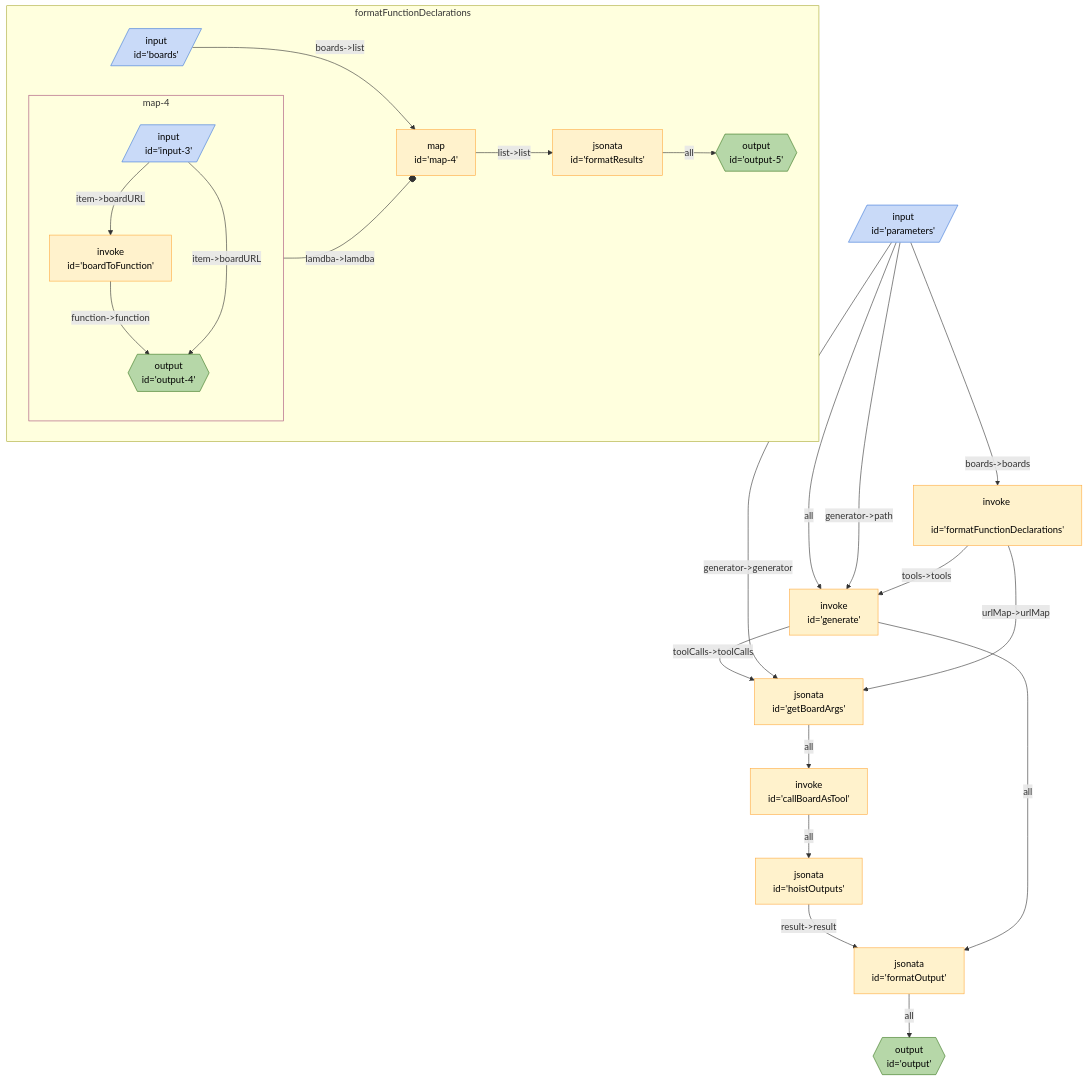
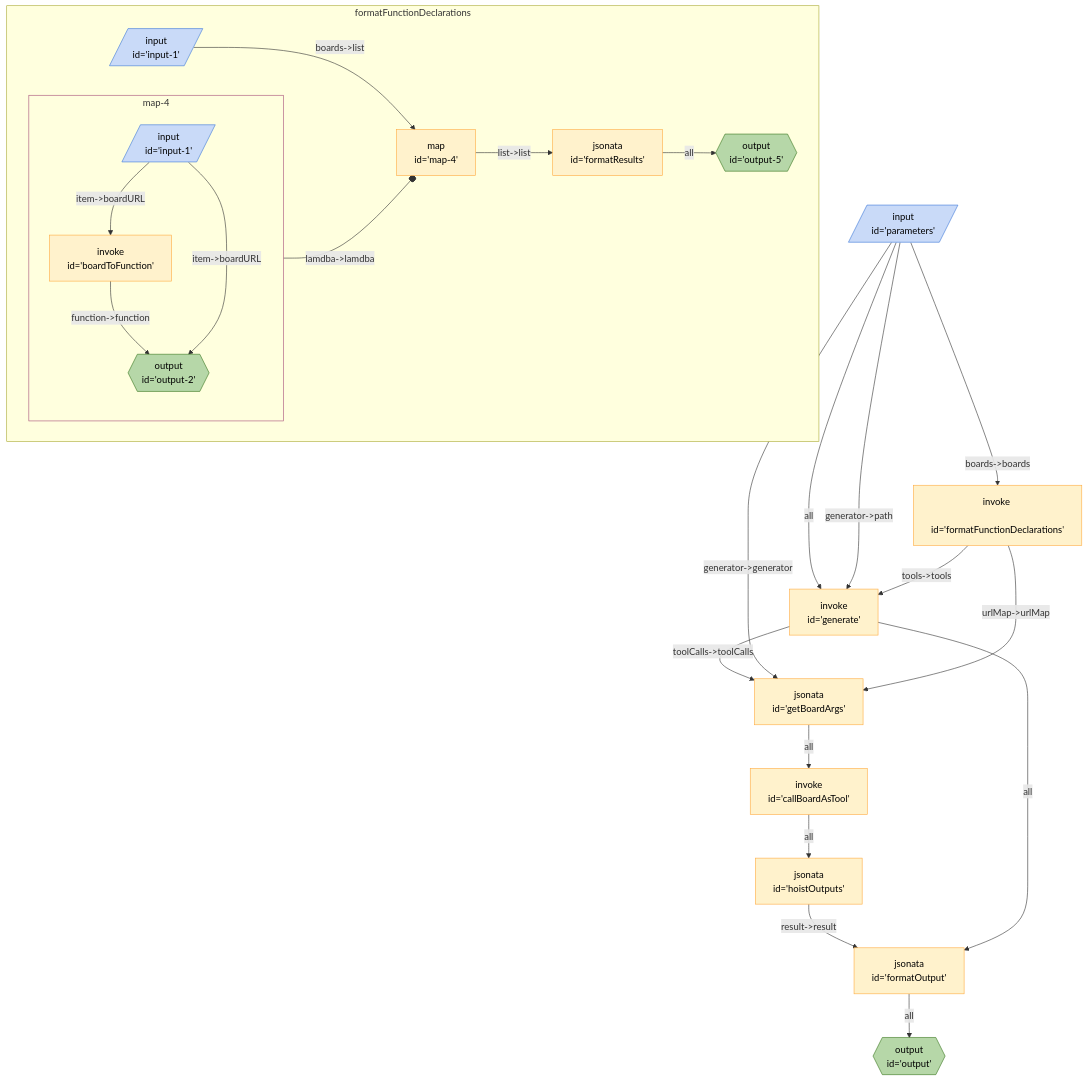
One commit to breadboard-ai/breadboard changed the diagram in packages/breadboard-web/docs/graphs/board-caller.md. Above: the diagram before and after it, drawn with Mermaid. The commit also changed 2 other files, not shown here.

Commit message:
use magical recipe invocation syntax.

````diff
--- a/packages/breadboard-web/docs/graphs/board-caller.md
+++ b/packages/breadboard-web/docs/graphs/board-caller.md
@@ -3,38 +3,38 @@
 ```mermaid
 %%{init: 'themeVariables': { 'fontFamily': 'Fira Code, monospace' }}%%
 graph TD;
 formatOutput["jsonata <br> id='formatOutput'"] -- all --> output{{"output <br> id='output'"}}:::output
 hoistOutputs["jsonata <br> id='hoistOutputs'"] -- "result->result" --> formatOutput["jsonata <br> id='formatOutput'"]
 generate["invoke <br> id='generate'"] -- "toolCalls->toolCalls" --> getBoardArgs["jsonata <br> id='getBoardArgs'"]
 generate["invoke <br> id='generate'"] -- all --> formatOutput["jsonata <br> id='formatOutput'"]
 callBoardAsTool["invoke <br> id='callBoardAsTool'"] -- all --> hoistOutputs["jsonata <br> id='hoistOutputs'"]
 parameters[/"input <br> id='parameters'"/]:::input -- "boards->boards" --> formatFunctionDeclarations["invoke <br> id='formatFunctionDeclarations'"]
 parameters[/"input <br> id='parameters'"/]:::input -- all --> generate["invoke <br> id='generate'"]
 parameters[/"input <br> id='parameters'"/]:::input -- "generator->path" --> generate["invoke <br> id='generate'"]
 parameters[/"input <br> id='parameters'"/]:::input -- "generator->generator" --> getBoardArgs["jsonata <br> id='getBoardArgs'"]
 formatFunctionDeclarations["invoke <br> id='formatFunctionDeclarations'"] -- "tools->tools" --> generate["invoke <br> id='generate'"]
 formatFunctionDeclarations["invoke <br> id='formatFunctionDeclarations'"] -- "urlMap->urlMap" --> getBoardArgs["jsonata <br> id='getBoardArgs'"]
 getBoardArgs["jsonata <br> id='getBoardArgs'"] -- all --> callBoardAsTool["invoke <br> id='callBoardAsTool'"]
 
 subgraph sg_formatFunctionDeclarations [formatFunctionDeclarations]
 formatFunctionDeclarations_formatResults["jsonata <br> id='formatResults'"] -- all --> formatFunctionDeclarations_output5{{"output <br> id='output-5'"}}:::output
 formatFunctionDeclarations_map4["map <br> id='map-4'"] -- "list->list" --> formatFunctionDeclarations_formatResults["jsonata <br> id='formatResults'"]
 subgraph sg_map4 [map-4]
-formatFunctionDeclarations_map4_boardToFunction["invoke <br> id='boardToFunction'"] -- "function->function" --> formatFunctionDeclarations_map4_output4{{"output <br> id='output-4'"}}:::output
-formatFunctionDeclarations_map4_input3[/"input <br> id='input-3'"/]:::input -- "item->boardURL" --> formatFunctionDeclarations_map4_boardToFunction["invoke <br> id='boardToFunction'"]
-formatFunctionDeclarations_map4_input3[/"input <br> id='input-3'"/]:::input -- "item->boardURL" --> formatFunctionDeclarations_map4_output4{{"output <br> id='output-4'"}}:::output
+formatFunctionDeclarations_map4_boardToFunction["invoke <br> id='boardToFunction'"] -- "function->function" --> formatFunctionDeclarations_map4_output2{{"output <br> id='output-2'"}}:::output
+formatFunctionDeclarations_map4_input1[/"input <br> id='input-1'"/]:::input -- "item->boardURL" --> formatFunctionDeclarations_map4_boardToFunction["invoke <br> id='boardToFunction'"]
+formatFunctionDeclarations_map4_input1[/"input <br> id='input-1'"/]:::input -- "item->boardURL" --> formatFunctionDeclarations_map4_output2{{"output <br> id='output-2'"}}:::output
 end
 sg_map4:::slotted -- "lamdba->lamdba" --o formatFunctionDeclarations_map4
 
-formatFunctionDeclarations_boards[/"input <br> id='boards'"/]:::input -- "boards->list" --> formatFunctionDeclarations_map4["map <br> id='map-4'"]
+formatFunctionDeclarations_input1[/"input <br> id='input-1'"/]:::input -- "boards->list" --> formatFunctionDeclarations_map4["map <br> id='map-4'"]
 end
 
 classDef default stroke:#ffab40,fill:#fff2ccff,color:#000
 classDef input stroke:#3c78d8,fill:#c9daf8ff,color:#000
 classDef output stroke:#38761d,fill:#b6d7a8ff,color:#000
 classDef passthrough stroke:#a64d79,fill:#ead1dcff,color:#000
 classDef slot stroke:#a64d79,fill:#ead1dcff,color:#000
 classDef config stroke:#a64d79,fill:#ead1dcff,color:#000
 classDef secrets stroke:#db4437,fill:#f4cccc,color:#000
 classDef slotted stroke:#a64d79
 ```
````
